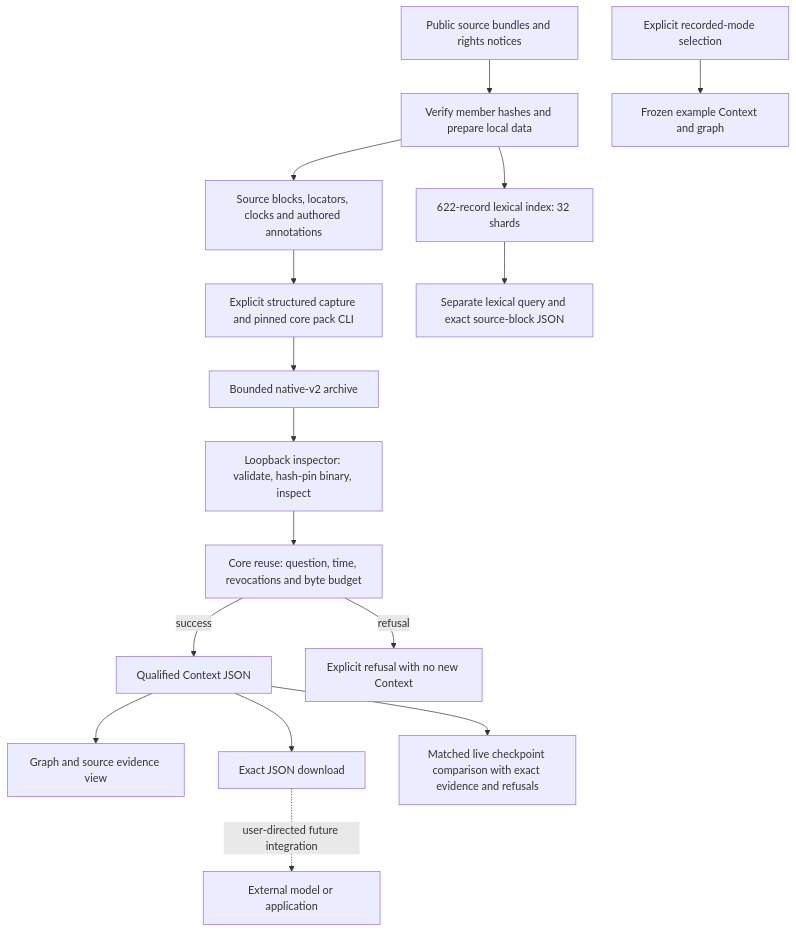
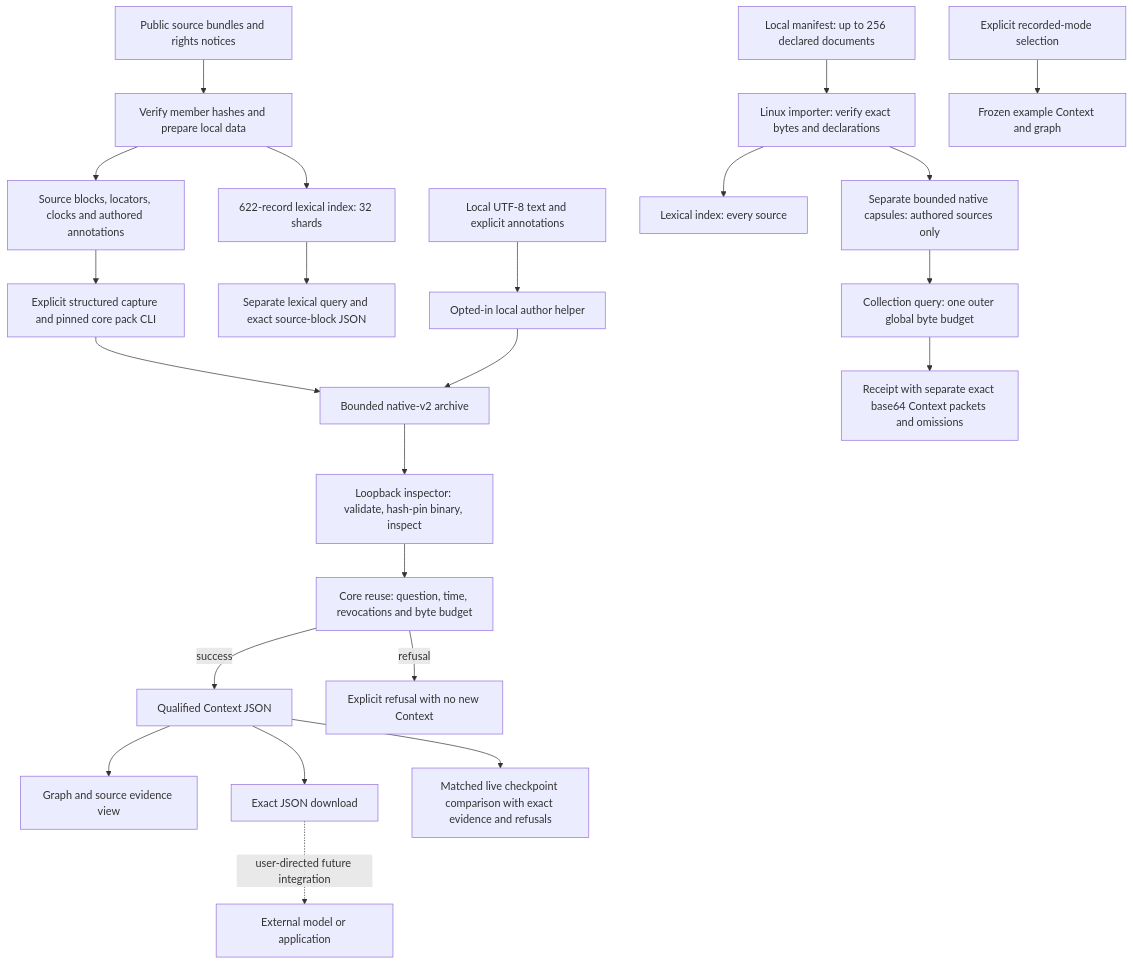
The diagram in docs/OPERATIONAL_ARCHITECTURE.md (sargonxg/tacitus-workbench), drawn with Mermaid before and after one commit. The commit also changed other lines of this file and 11 other files, not shown here.

Commit message:
Polish local release journey and expose evidence omissions

````diff
--- a/docs/OPERATIONAL_ARCHITECTURE.md
+++ b/docs/OPERATIONAL_ARCHITECTURE.md
@@ -12,18 +11,25 @@
 ```mermaid
 flowchart TD
     A[Public source bundles and rights notices] --> B[Verify member hashes and prepare local data]
     B --> C[Source blocks, locators, clocks and authored annotations]
     C --> D[Explicit structured capture and pinned core pack CLI]
     D --> E[Bounded native-v2 archive]
     E --> F[Loopback inspector: validate, hash-pin binary, inspect]
     F --> H[Core reuse: question, time, revocations and byte budget]
     H -->|success| I[Qualified Context JSON]
     H -->|refusal| N[Explicit refusal with no new Context]
     I --> G[Graph and source evidence view]
     I --> J[Exact JSON download]
     I --> T[Matched live checkpoint comparison with exact evidence and refusals]
     B --> K[622-record lexical index: 32 shards]
     K --> L[Separate lexical query and exact source-block JSON]
+    U[Local UTF-8 text and explicit annotations] --> V[Opted-in local author helper]
+    V --> E
+    W[Local manifest: up to 256 declared documents] --> X[Linux importer: verify exact bytes and declarations]
+    X --> Y[Lexical index: every source]
+    X --> Z[Separate bounded native capsules: authored sources only]
+    Z --> Q[Collection query: one outer global byte budget]
+    Q --> O[Receipt with separate exact base64 Context packets and omissions]
     R[Explicit recorded-mode selection] --> S[Frozen example Context and graph]
     J -. user-directed future integration .-> M[External model or application]
 ```
````
